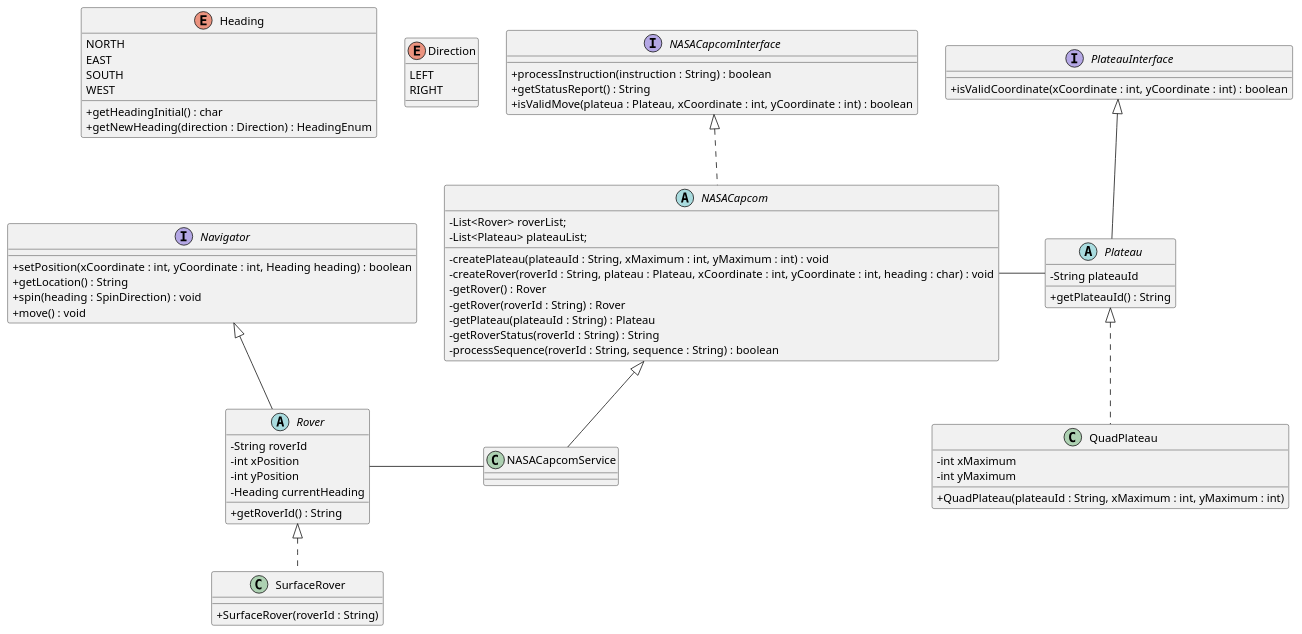
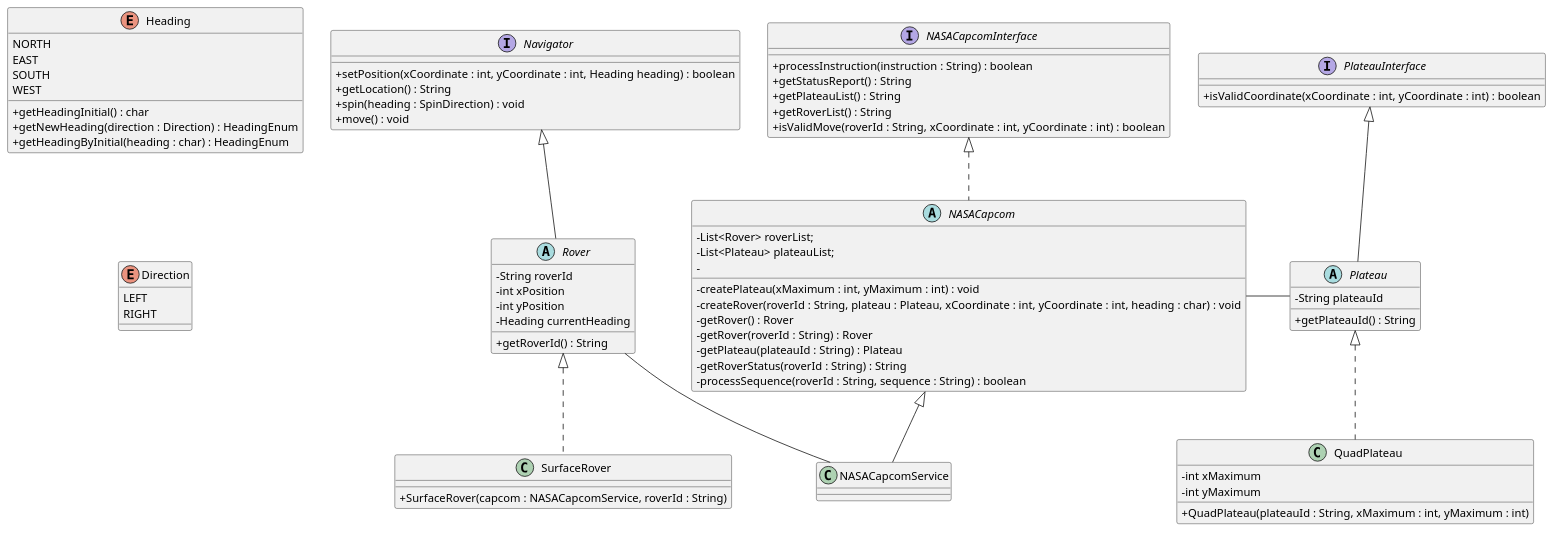
The diagram in uml/MarsRoverClassDiagram.puml (probert999/mars-rover), drawn with PlantUML before and after one commit. The commit also changed 7 other files, not shown here.

Commit message:
Initial NASACapcom tests and methods.  Added getByInitial to HeadingEnum.

```diff
--- a/uml/MarsRoverClassDiagram.puml
+++ b/uml/MarsRoverClassDiagram.puml
@@ -1,87 +1,90 @@
 @startuml
 skinparam classAttributeIconSize 0
 
 interface Navigator {
     + setPosition(xCoordinate : int, yCoordinate : int, Heading heading) : boolean
     + getLocation() : String
     + spin(heading : SpinDirection) : void
     + move() : void
 }
 
 abstract class Rover extends Navigator  {
   - String roverId
   - int xPosition
   - int yPosition
   - Heading currentHeading
 
   + getRoverId() : String
 }
 
 class SurfaceRover implements Rover  {
-    + SurfaceRover(roverId : String)
+    + SurfaceRover(capcom : NASACapcomService, roverId : String)
 }
 
 interface PlateauInterface  {
    + isValidCoordinate(xCoordinate : int, yCoordinate : int) : boolean
 }
 
 abstract class Plateau extends PlateauInterface {
   - String plateauId
   + getPlateauId() : String
 }
 
 class QuadPlateau implements Plateau {
   - int xMaximum
   - int yMaximum
 
    + QuadPlateau(plateauId : String, xMaximum : int, yMaximum : int)
 
 }
 
 
 enum Heading
 {
 NORTH
 EAST
 SOUTH
 WEST
 + getHeadingInitial() : char
 + getNewHeading(direction : Direction) : HeadingEnum
++ getHeadingByInitial(heading : char) : HeadingEnum
 }
 
 enum Direction
 {
 LEFT
 RIGHT
 }
 
 interface NASACapcomInterface {
   + processInstruction(instruction : String) : boolean
   + getStatusReport() : String
-  + isValidMove(plateua : Plateau, xCoordinate : int, yCoordinate : int) : boolean
+  + getPlateauList() : String
+  + getRoverList() : String
+  + isValidMove(roverId : String, xCoordinate : int, yCoordinate : int) : boolean
 }
 
 abstract class NASACapcom implements NASACapcomInterface {
   - List<Rover> roverList;
   - List<Plateau> plateauList;
-
-  - createPlateau(plateauId : String, xMaximum : int, yMaximum : int) : void
+-
+  - createPlateau(xMaximum : int, yMaximum : int) : void
   - createRover(roverId : String, plateau : Plateau, xCoordinate : int, yCoordinate : int, heading : char) : void
   - getRover() : Rover
   - getRover(roverId : String) : Rover
   - getPlateau(plateauId : String) : Plateau
   - getRoverStatus(roverId : String) : String
   - processSequence(roverId : String, sequence : String) : boolean
 }
 
 class NASACapcomService extends NASACapcom
 {
 }
 
 NASACapcom - Plateau
-Rover - NASACapcomService
+Rover -- NASACapcomService
 
 
-Heading -[hidden] Direction
-Direction -[hidden] NASACapcomInterface
+Heading -[hidden] Navigator
+Heading -[hidden]d-> Direction
 @enduml
```
